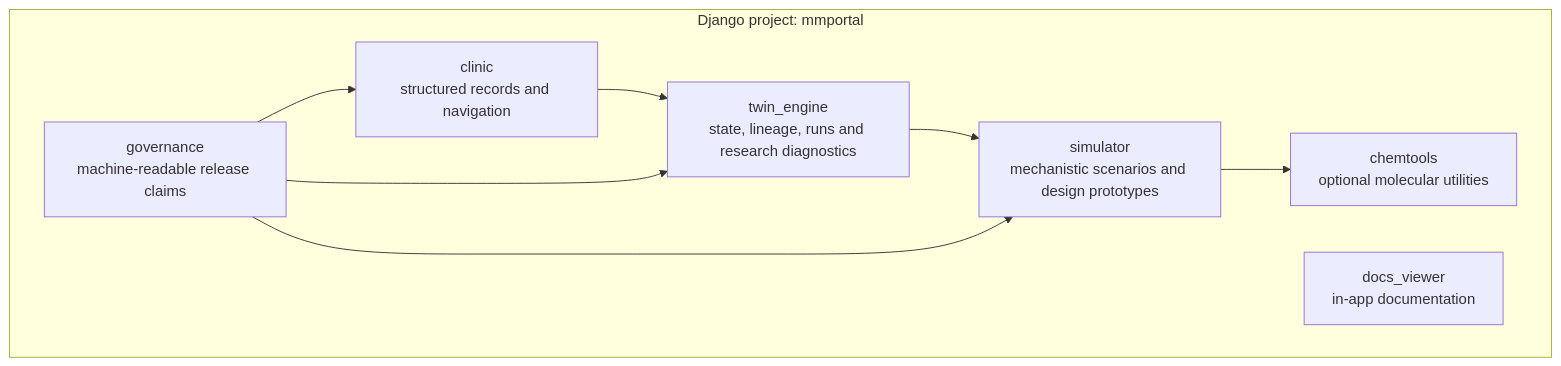
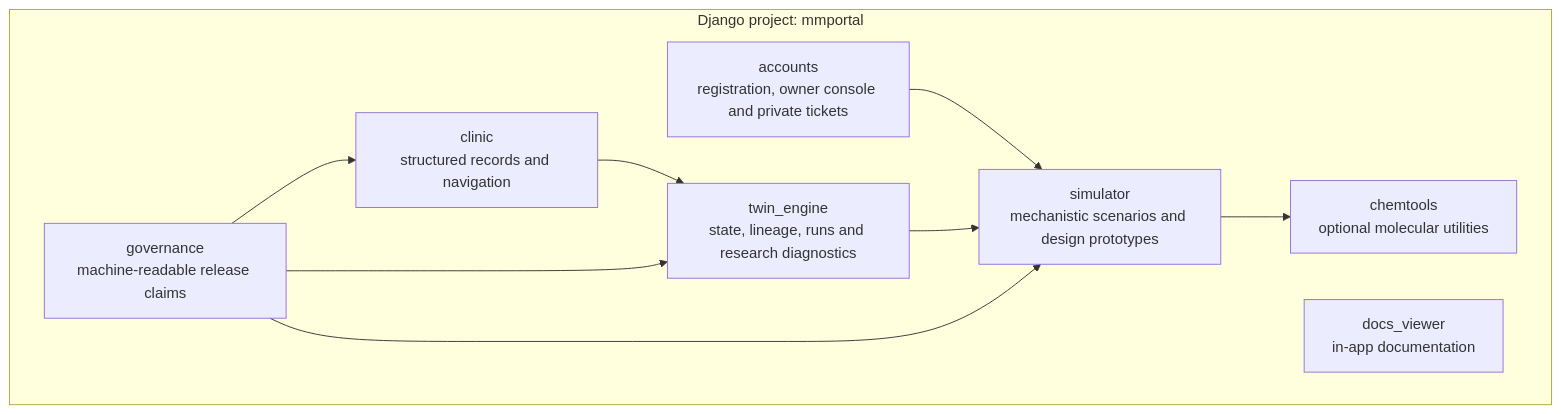
The second of 4 diagrams in docs/architecture/CURRENT_SYSTEM.md (andreazedda/bmyCure4MM), drawn with Mermaid before and after one commit. The commit also changed other lines of this file and 29 other files, not shown here.

````diff
--- a/docs/architecture/CURRENT_SYSTEM.md
+++ b/docs/architecture/CURRENT_SYSTEM.md
@@ -30,18 +30,20 @@
 ```mermaid
 flowchart TB
     subgraph APP["Django project: mmportal"]
         CL["clinic\nstructured records and navigation"]
         SI["simulator\nmechanistic scenarios and design prototypes"]
         TW["twin_engine\nstate, lineage, runs and research diagnostics"]
         CH["chemtools\noptional molecular utilities"]
         DV["docs_viewer\nin-app documentation"]
+        AC["accounts\nregistration, owner console and private tickets"]
         GV["governance\nmachine-readable release claims"]
     end
 
+    AC --> SI
     CL --> TW
     TW --> SI
     SI --> CH
     GV --> CL
     GV --> SI
     GV --> TW
 ```
````
